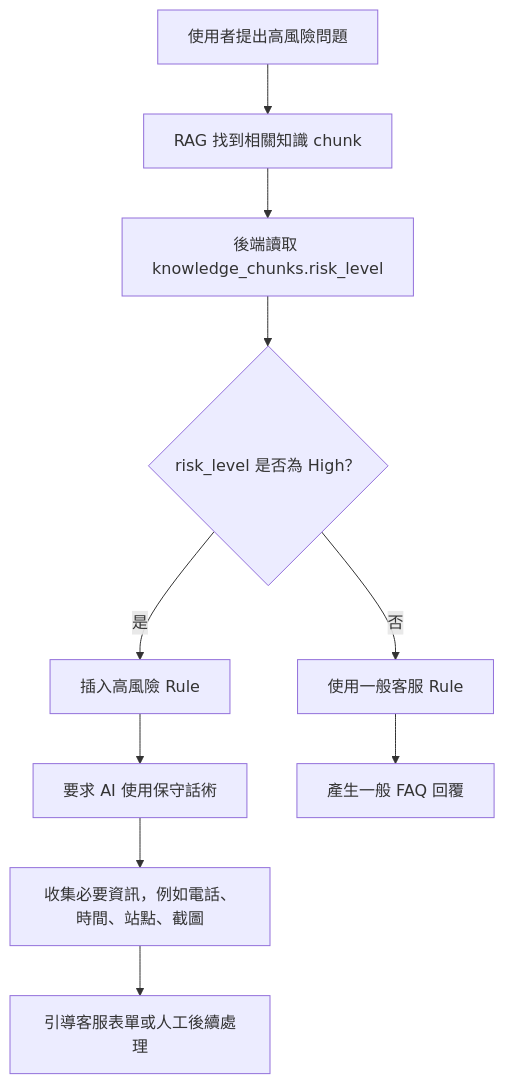
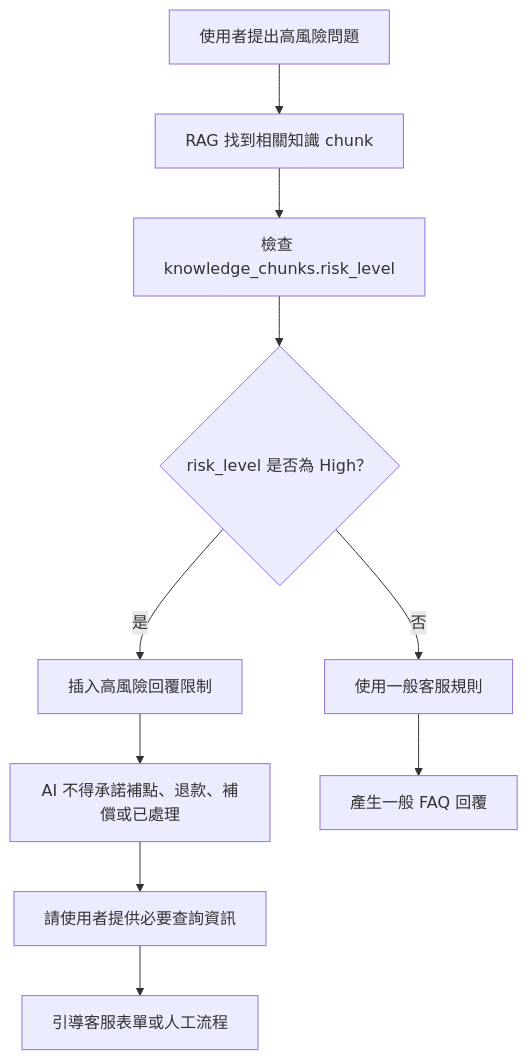
One commit to jameswu504-hash/ecoco-customer-servic changed the second of 4 diagrams in docs/CUSTOMER_SERVICE_FLOW.md. Above: the diagram before and after it, drawn with Mermaid. The commit also changed other lines of this file and 10 other files, not shown here.

````diff
--- a/docs/CUSTOMER_SERVICE_FLOW.md
+++ b/docs/CUSTOMER_SERVICE_FLOW.md
@@ -47,12 +62,12 @@
 ```mermaid
 flowchart TD
   A["使用者提出高風險問題"] --> B["RAG 找到相關知識 chunk"]
-  B --> C["後端讀取 knowledge_chunks.risk_level"]
+  B --> C["檢查 knowledge_chunks.risk_level"]
   C --> D{"risk_level 是否為 High？"}
-  D -- "是" --> E["插入高風險 Rule"]
-  D -- "否" --> F["使用一般客服 Rule"]
-  E --> G["要求 AI 使用保守話術"]
-  G --> H["收集必要資訊，例如電話、時間、站點、截圖"]
-  H --> I["引導客服表單或人工後續處理"]
+  D -- "是" --> E["插入高風險回覆限制"]
+  D -- "否" --> F["使用一般客服規則"]
+  E --> G["AI 不得承諾補點、退款、補償或已處理"]
+  G --> H["請使用者提供必要查詢資訊"]
+  H --> I["引導客服表單或人工流程"]
   F --> J["產生一般 FAQ 回覆"]
 ```
````
